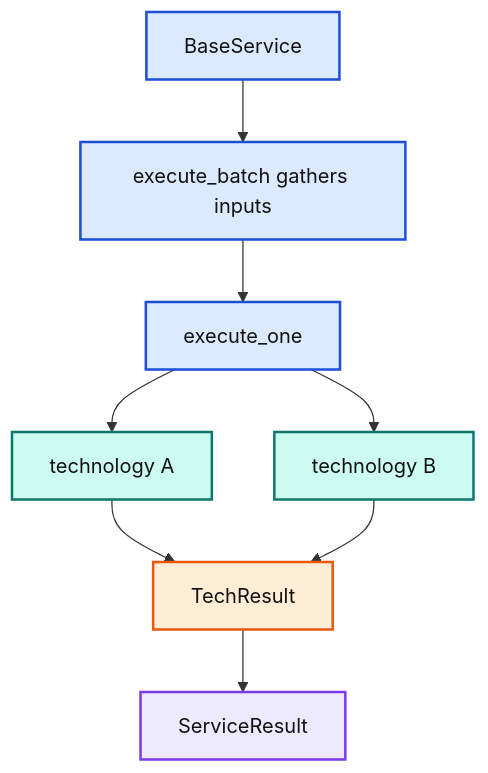
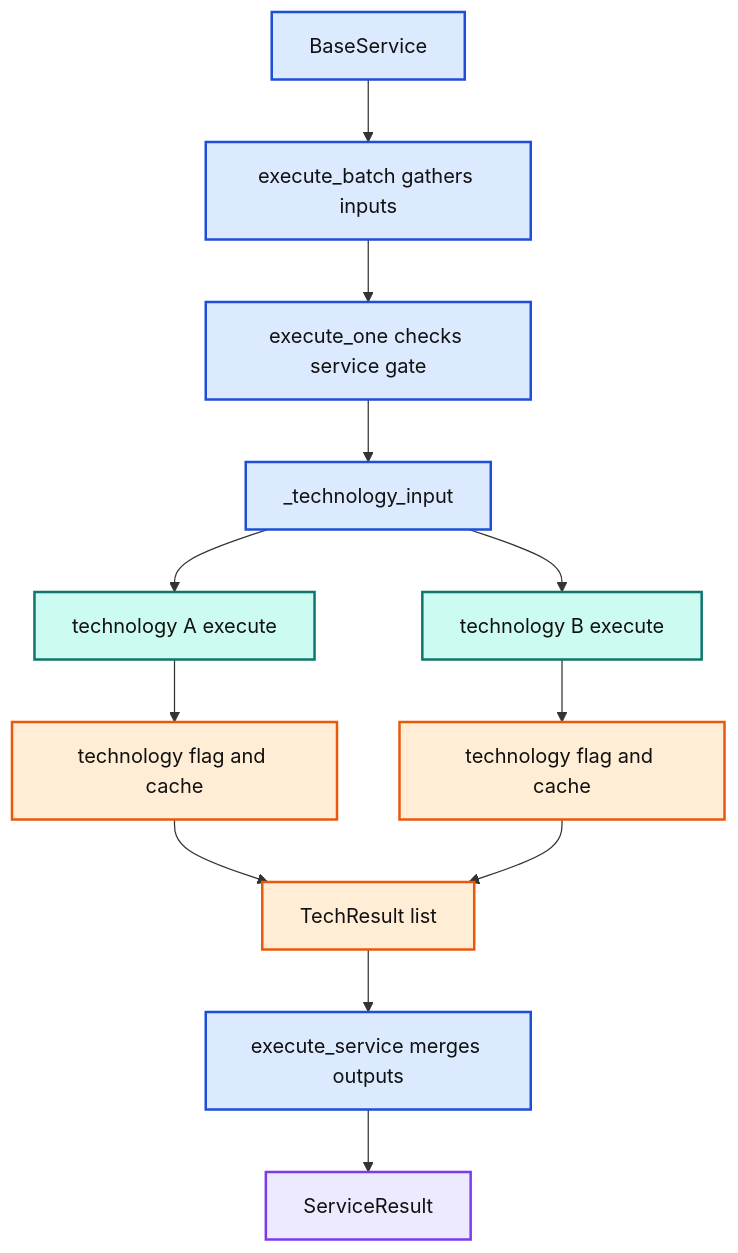
The diagram in docs/diagrams/src/service-technology.mmd (reshinto/social-research-probe), drawn with Mermaid before and after one commit. The commit also changed 49 other files, not shown here.

```diff
--- a/docs/diagrams/src/service-technology.mmd
+++ b/docs/diagrams/src/service-technology.mmd
@@ -1,21 +1,25 @@
 %%{init: {"theme":"base","themeVariables":{"background":"#ffffff","mainBkg":"#ffffff","primaryTextColor":"#111111","lineColor":"#333333","fontFamily":"Arial, sans-serif","clusterBkg":"#ffffff","clusterBorder":"#d0d7de"}}}%%
 flowchart TB
   Service["BaseService"] --> Batch["execute_batch gathers inputs"]
-  Batch --> One["execute_one"]
-  One --> TechA["technology A"]
-  One --> TechB["technology B"]
-  TechA --> Result["TechResult"]
-  TechB --> Result
-  Result --> ServiceResult["ServiceResult"]
+  Batch --> One["execute_one checks service gate"]
+  One --> Shape["_technology_input"]
+  Shape --> TechA["technology A execute"]
+  Shape --> TechB["technology B execute"]
+  TechA --> GateA["technology flag and cache"]
+  TechB --> GateB["technology flag and cache"]
+  GateA --> Result["TechResult list"]
+  GateB --> Result
+  Result --> Custom["execute_service merges outputs"]
+  Custom --> ServiceResult["ServiceResult"]
 
   classDef input fill:#dcfce7,stroke:#15803d,color:#111111,stroke-width:2px;
   classDef process fill:#dbeafe,stroke:#1d4ed8,color:#111111,stroke-width:2px;
   classDef analysis fill:#fef3c7,stroke:#d97706,color:#111111,stroke-width:2px;
   classDef external fill:#ccfbf1,stroke:#0f766e,color:#111111,stroke-width:2px;
   classDef output fill:#ede9fe,stroke:#7c3aed,color:#111111,stroke-width:2px;
   classDef config fill:#ffedd5,stroke:#ea580c,color:#111111,stroke-width:2px;
   classDef risk fill:#fee2e2,stroke:#dc2626,color:#111111,stroke-width:2px;
-  class Service,Batch,One process;
+  class Service,Batch,One,Shape,Custom process;
   class TechA,TechB external;
-  class Result config;
+  class GateA,GateB,Result config;
   class ServiceResult output;
```
